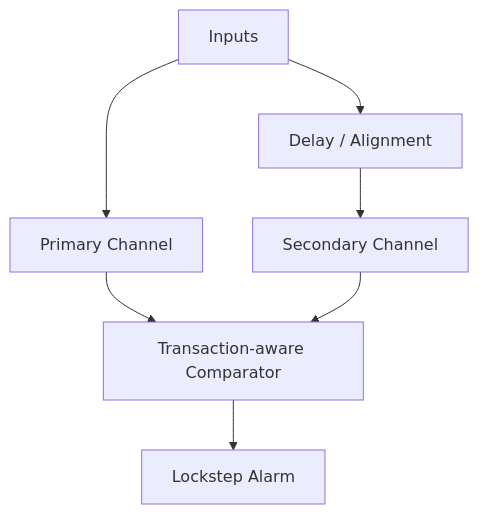
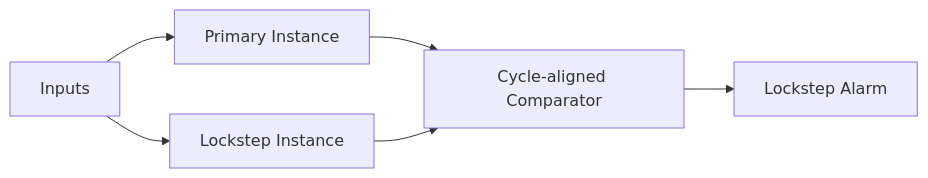
One commit to qiqixixi1001/automotive-safeic-practice changed the fifth of 9 diagrams in articles/GitHub_D22_macro_level_safety_synthesis.md. Above: the diagram before and after it, drawn with Mermaid. The commit also changed other lines of this file, not shown here.

````diff
--- a/articles/GitHub_D22_macro_level_safety_synthesis.md
+++ b/articles/GitHub_D22_macro_level_safety_synthesis.md
@@ -142,9 +277,8 @@
 ```mermaid
-flowchart TD
-    IN[Inputs] --> A[Primary Channel]
-    IN --> D[Delay / Alignment]
-    D --> B[Secondary Channel]
-    A --> C[Transaction-aware Comparator]
-    B --> C
-    C --> ALM[Lockstep Alarm]
+flowchart LR
+    IN[Inputs] --> A[Primary Instance]
+    IN --> B[Lockstep Instance]
+    A --> CMP[Cycle-aligned Comparator]
+    B --> CMP
+    CMP --> ALM[Lockstep Alarm]
 ```
````
